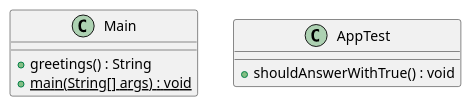
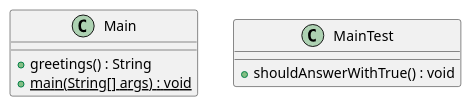
The diagram in doc/bee1009.puml (masmangan/curly-octo-winner), drawn with PlantUML before and after one commit.

```diff
--- a/doc/bee1009.puml
+++ b/doc/bee1009.puml
@@ -1,11 +1,11 @@
 @startuml
 class Main {
 + greetings() : String
 + {static} main(String[] args) : void
 
 }
 
-class AppTest {
+class MainTest {
 + shouldAnswerWithTrue() : void
 }
 @enduml
```
